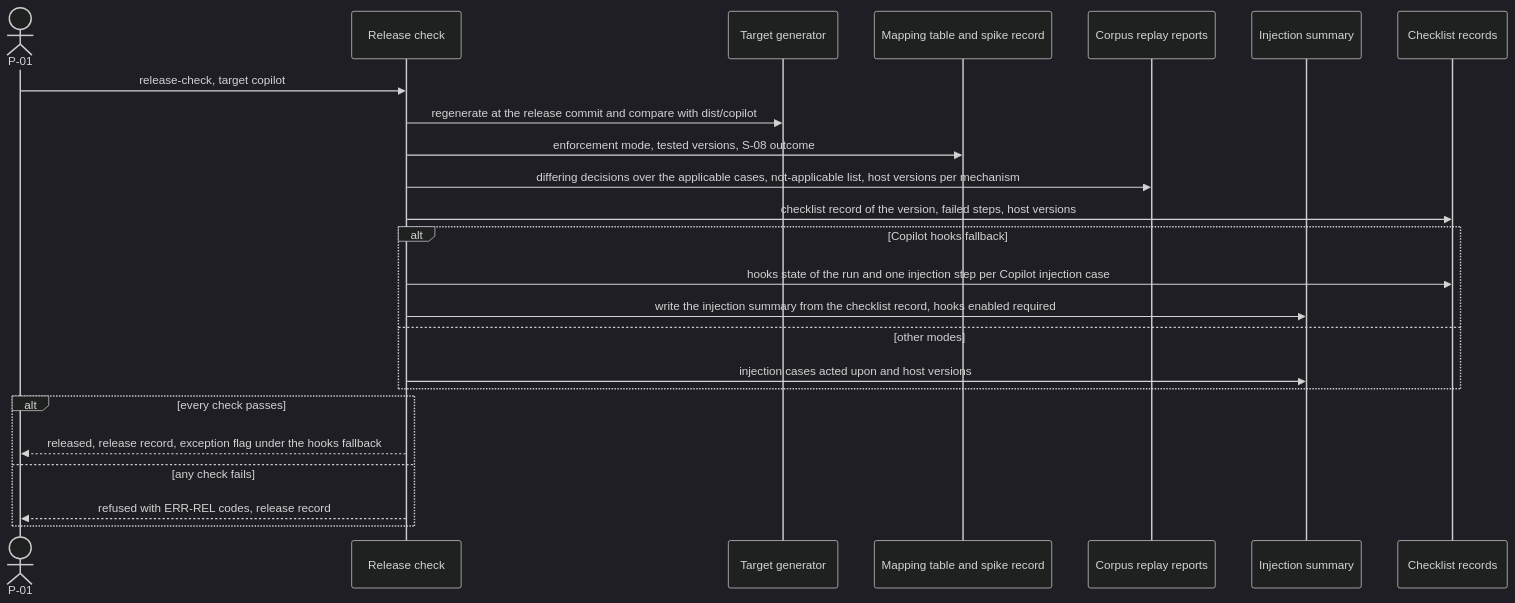
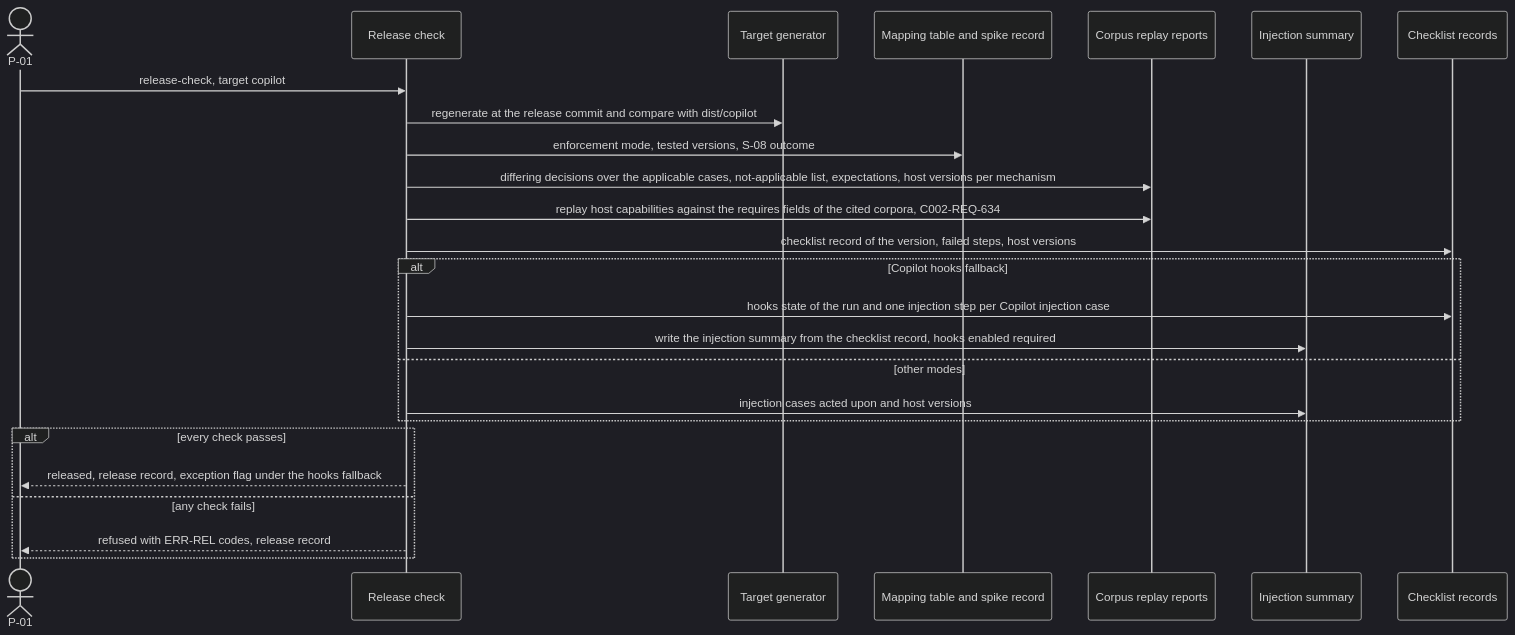
One commit to jlacube/spec-architect changed the tenth of 14 diagrams in .sdd/002-multi-platform-targets/10-spec/60-architecture/architecture.md. Above: the diagram before and after it, drawn with Mermaid (dark theme). The commit also changed other lines of this file and 8 other files, not shown here.

Commit message:
CHG-002: Spec final fixes (architect) — CR-32 capability cases replayed on a capable host, CR-33, CR-34, CR-36; US-502 init workspace wording

````diff
--- a/.sdd/002-multi-platform-targets/10-spec/60-architecture/architecture.md
+++ b/.sdd/002-multi-platform-targets/10-spec/60-architecture/architecture.md
@@ -653,27 +654,28 @@
 ```mermaid
 sequenceDiagram
   %% F9 release check. Realizes C002-TS-620 C002-TS-621 C002-TS-622 C002-TS-623 C002-TS-624 C002-TS-625 C002-TS-633
   actor P01 as P-01
   participant C002_COMP_010 as Release check
   participant C002_COMP_001 as Target generator
   participant C002_COMP_002 as Mapping table and spike record
   participant C002_COMP_008 as Corpus replay reports
   participant C002_COMP_009 as Injection summary
   participant C002_COMP_011 as Checklist records
   P01->>C002_COMP_010: release-check, target copilot
   C002_COMP_010->>C002_COMP_001: regenerate at the release commit and compare with dist/copilot
   C002_COMP_010->>C002_COMP_002: enforcement mode, tested versions, S-08 outcome
-  C002_COMP_010->>C002_COMP_008: differing decisions over the applicable cases, not-applicable list, host versions per mechanism
+  C002_COMP_010->>C002_COMP_008: differing decisions over the applicable cases, not-applicable list, expectations, host versions per mechanism
+  C002_COMP_010->>C002_COMP_008: replay host capabilities against the requires fields of the cited corpora, C002-REQ-634
   C002_COMP_010->>C002_COMP_011: checklist record of the version, failed steps, host versions
   alt Copilot hooks fallback
     C002_COMP_010->>C002_COMP_011: hooks state of the run and one injection step per Copilot injection case
     C002_COMP_010->>C002_COMP_009: write the injection summary from the checklist record, hooks enabled required
   else other modes
     C002_COMP_010->>C002_COMP_009: injection cases acted upon and host versions
   end
   alt every check passes
     C002_COMP_010-->>P01: released, release record, exception flag under the hooks fallback
   else any check fails
     C002_COMP_010-->>P01: refused with ERR-REL codes, release record
   end
 ```
````
